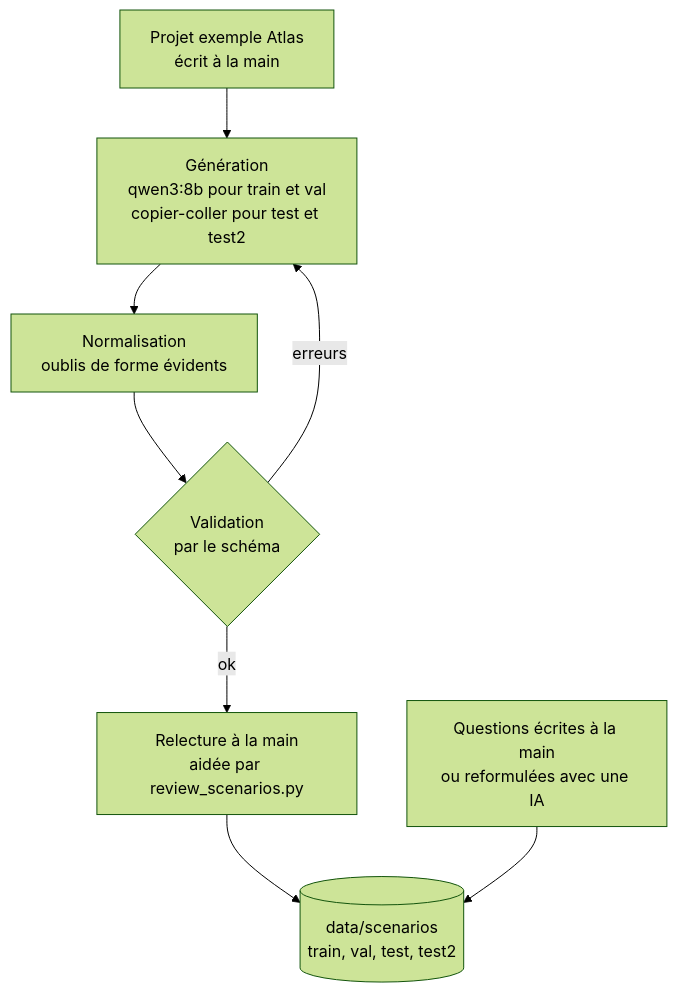
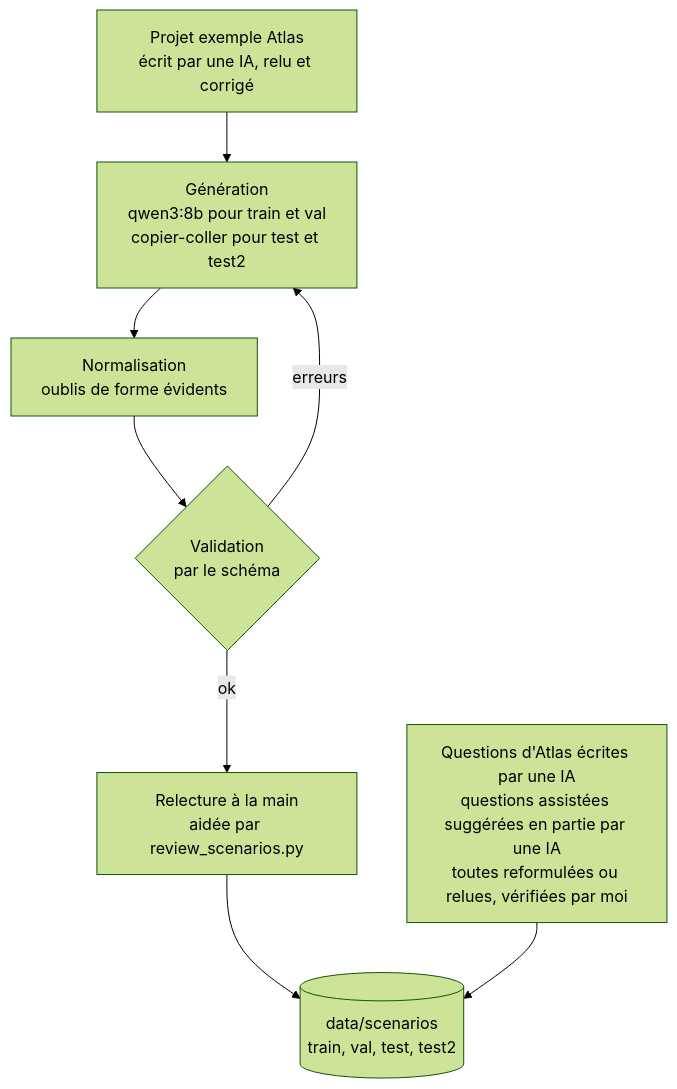
One commit to Gabricode5/EMBEDDING-LAB changed the third of 5 diagrams in docs/ARCHITECTURE.md. Above: the diagram before and after it, drawn with Mermaid (forest theme). The commit also changed other lines of this file and 9 other files, not shown here.

````diff
--- a/docs/ARCHITECTURE.md
+++ b/docs/ARCHITECTURE.md
@@ -94,10 +94,10 @@
 ```mermaid
 flowchart TD
-    E["Projet exemple Atlas<br/>écrit à la main"] --> G["Génération<br/>qwen3:8b pour train et val<br/>copier-coller pour test et test2"]
+    E["Projet exemple Atlas<br/>écrit par une IA, relu et corrigé"] --> G["Génération<br/>qwen3:8b pour train et val<br/>copier-coller pour test et test2"]
     G --> N["Normalisation<br/>oublis de forme évidents"]
     N --> V{"Validation<br/>par le schéma"}
     V -- erreurs --> G
     V -- ok --> L["Relecture à la main<br/>aidée par review_scenarios.py"]
     L --> D[("data/scenarios<br/>train, val, test, test2")]
-    H["Questions écrites à la main<br/>ou reformulées avec une IA"] --> D
+    H["Questions d'Atlas écrites par une IA<br/>questions assistées suggérées en partie par une IA<br/>toutes reformulées ou relues, vérifiées par moi"] --> D
 ```
````
